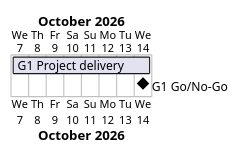
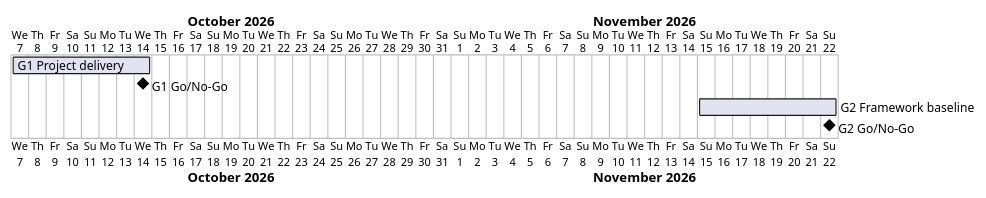
Before and after one commit to Tirsvad-Udemy-100-days-of-code/016-pretty-table: the diagram in docs/project-plan.md, drawn with PlantUML. The commit also changed other lines of this file and 32 other files, not shown here.

First line of the commit message:
Bring the project to the framework baseline (MIL-002)

````diff
--- a/docs/project-plan.md
+++ b/docs/project-plan.md
@@ -33,7 +36,9 @@
 ```plantuml
 @startgantt
 Project starts 2026-10-07
 [G1 Project delivery] starts 2026-10-07 and ends 2026-10-14
 [G1 Go/No-Go] happens 2026-10-14
+[G2 Framework baseline] starts 2026-11-15 and ends 2026-11-22
+[G2 Go/No-Go] happens 2026-11-22
 @endgantt
 ```
````
